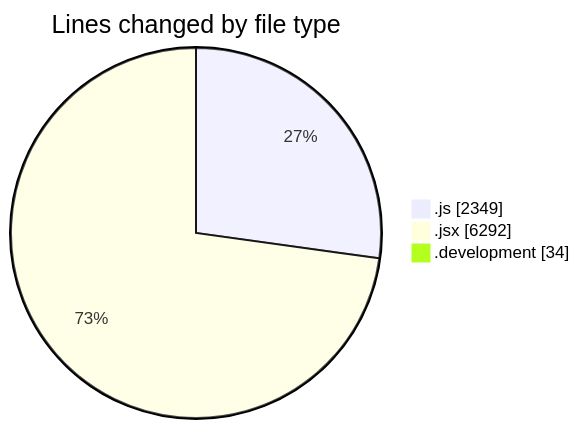
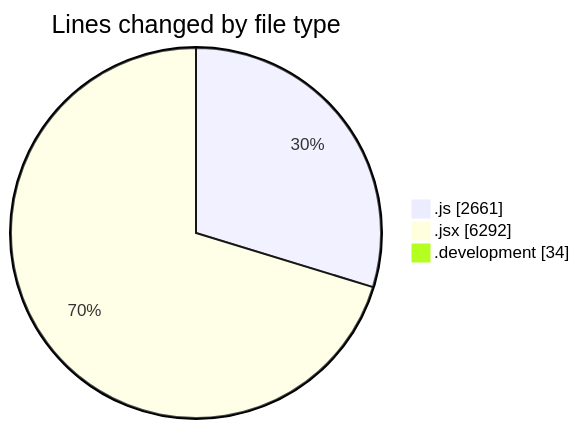
The first of 2 diagrams in 2025-09-18/nxtqube_webapp/README.md (nxtqubesakshisongat/code-tracking), drawn with Mermaid before and after one commit. The commit also changed other lines of this file and 1 other file, not shown here.

````diff
--- a/2025-09-18/nxtqube_webapp/README.md
+++ b/2025-09-18/nxtqube_webapp/README.md
@@ -39,7 +41,7 @@
 ```mermaid
 pie showData
 title Lines changed by file type
-".js" : 2349
+".js" : 2661
 ".jsx" : 6292
 ".development" : 34
 ```
````
